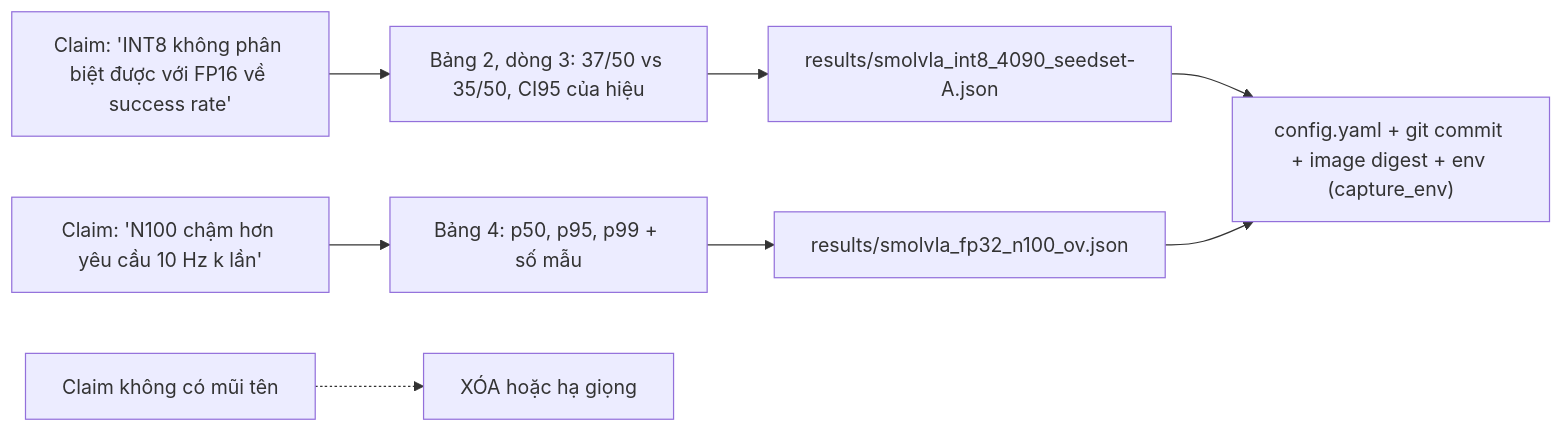
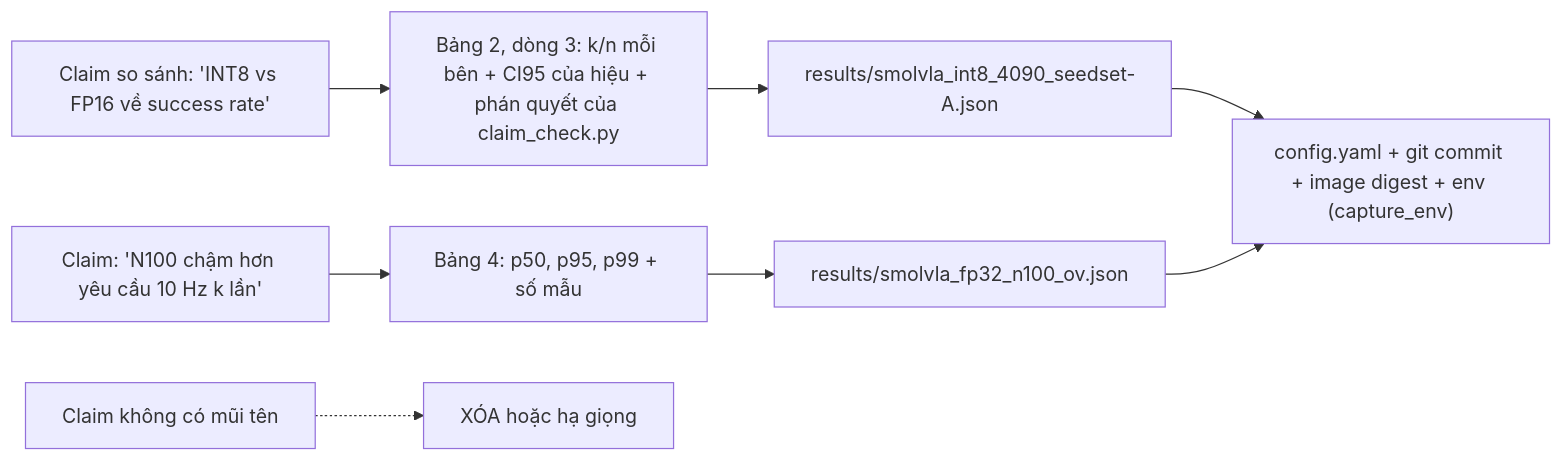
The first of 3 diagrams in giao-trinh/khoa-4/m5-publish.md (mrleloi/robotics-lab), drawn with Mermaid before and after one commit. The commit also changed other lines of this file and 7 other files, not shown here.

````diff
--- a/giao-trinh/khoa-4/m5-publish.md
+++ b/giao-trinh/khoa-4/m5-publish.md
@@ -32,10 +32,10 @@
 ```mermaid
 flowchart LR
-    C1["Claim: 'INT8 không phân biệt được với FP16 về success rate'"] --> N1["Bảng 2, dòng 3: 37/50 vs 35/50, CI95 của hiệu"]
+    C1["Claim so sánh: 'INT8 vs FP16 về success rate'"] --> N1["Bảng 2, dòng 3: k/n mỗi bên + CI95 của hiệu + phán quyết của claim_check.py"]
     C2["Claim: 'N100 chậm hơn yêu cầu 10 Hz k lần'"] --> N2["Bảng 4: p50, p95, p99 + số mẫu"]
     N1 --> J1["results/smolvla_int8_4090_seedset-A.json"]
     N2 --> J2["results/smolvla_fp32_n100_ov.json"]
     J1 --> P["config.yaml + git commit + image digest + env (capture_env)"]
     J2 --> P
     C3["Claim không có mũi tên"] -.-> X["XÓA hoặc hạ giọng"]
 ```
````
